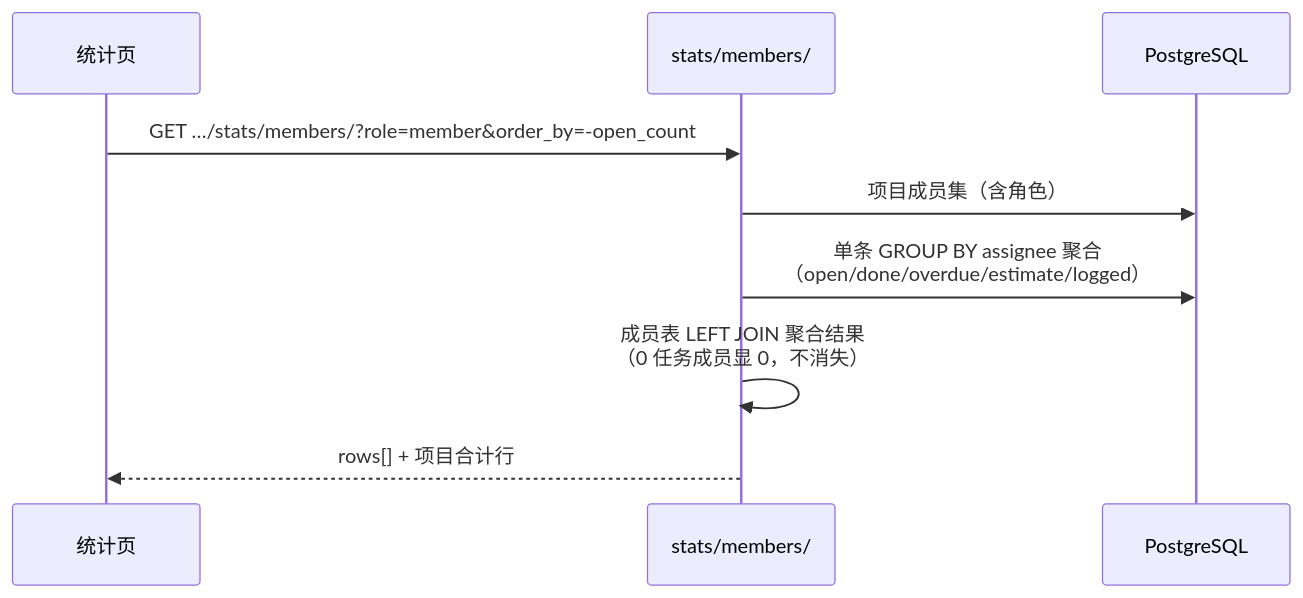
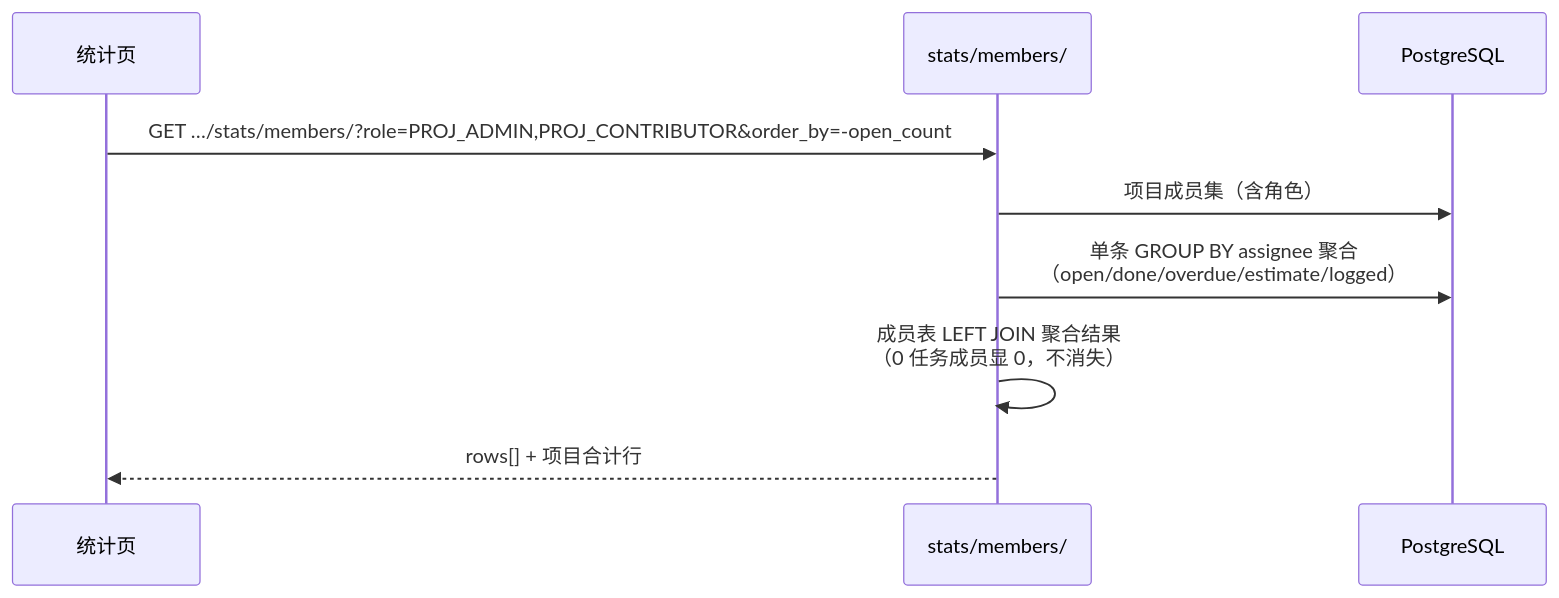
The second of 2 diagrams in docs/sprint-5-integration-standard/RPT-002-project-stats.md (RabbitAI-Lab/RabbitProjects), drawn with Mermaid before and after one commit. The commit also changed other lines of this file and 7 other files, not shown here.

````diff
--- a/docs/sprint-5-integration-standard/RPT-002-project-stats.md
+++ b/docs/sprint-5-integration-standard/RPT-002-project-stats.md
@@ -109,11 +109,11 @@
 ```mermaid
 sequenceDiagram
     participant FE as 统计页
     participant API as stats/members/
     participant DB as PostgreSQL
-    FE->>API: GET …/stats/members/?role=member&order_by=-open_count
+    FE->>API: GET …/stats/members/?role=PROJ_ADMIN,PROJ_CONTRIBUTOR&order_by=-open_count
     API->>DB: 项目成员集（含角色）
     API->>DB: 单条 GROUP BY assignee 聚合<br/>（open/done/overdue/estimate/logged）
     API->>API: 成员表 LEFT JOIN 聚合结果<br/>（0 任务成员显 0，不消失）
     API-->>FE: rows[] + 项目合计行
 ```
````
